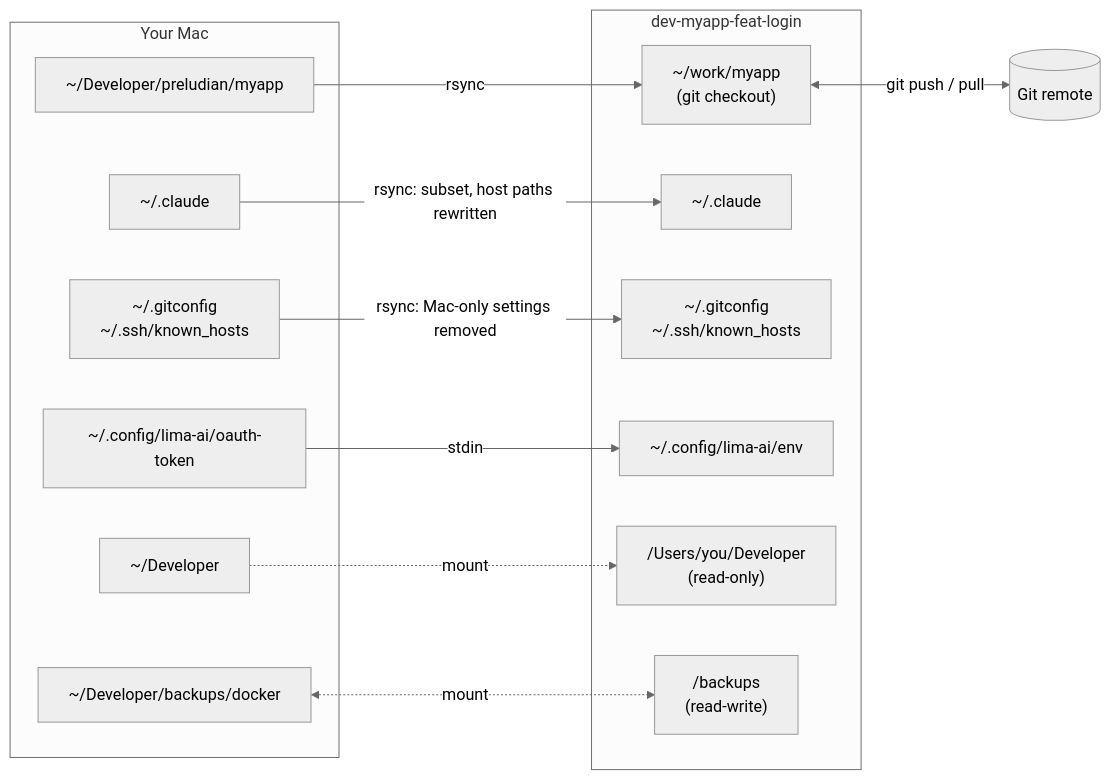
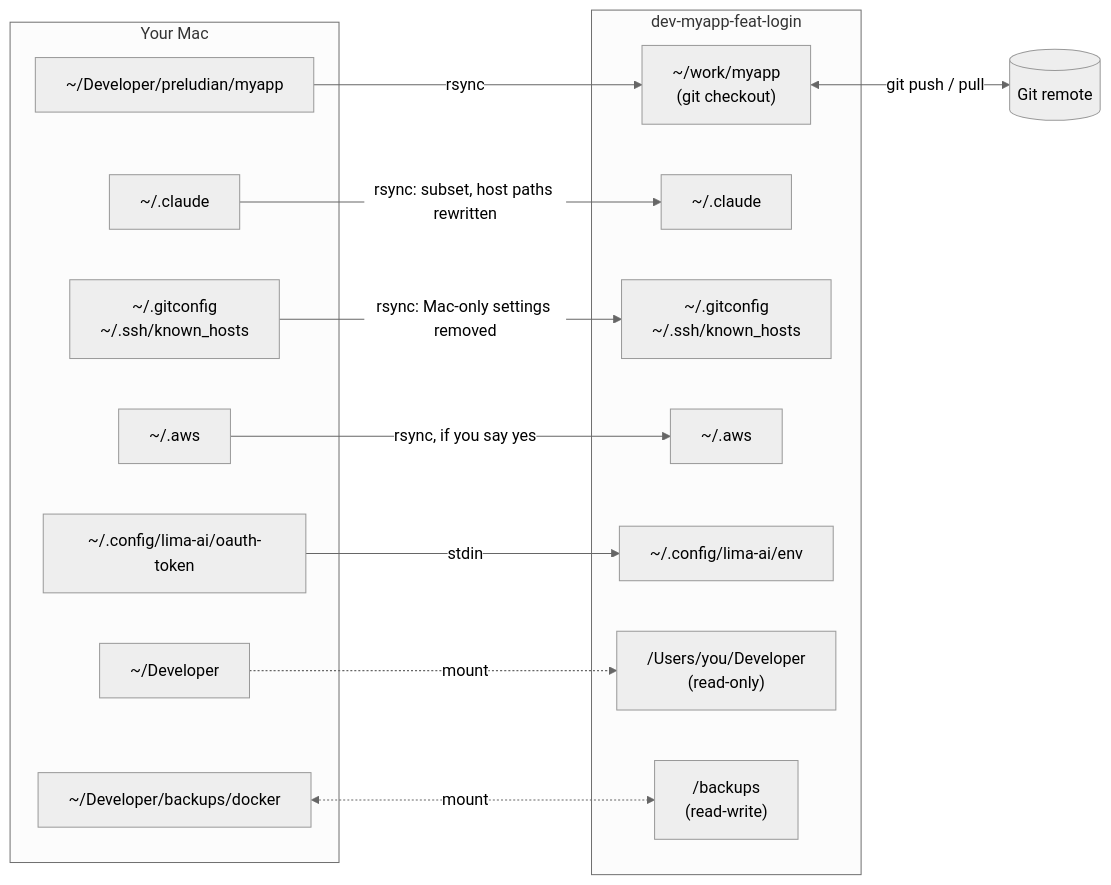
One commit to joepreludian/lima-ai changed the third of 3 diagrams in docs/manual/docs/index.md. Above: the diagram before and after it, drawn with Mermaid (neutral theme). The commit also changed other lines of this file and 5 other files, not shown here.

````diff
--- a/docs/manual/docs/index.md
+++ b/docs/manual/docs/index.md
@@ -81,28 +81,31 @@
 ```mermaid
 flowchart LR
     subgraph mac["Your Mac"]
         project["~/Developer/preludian/myapp"]
         claude["~/.claude"]
         gitconfig["~/.gitconfig<br/>~/.ssh/known_hosts"]
+        aws["~/.aws"]
         token["~/.config/lima-ai/oauth-token"]
         developer["~/Developer"]
         backups["~/Developer/backups/docker"]
     end
     subgraph vm["dev-myapp-feat-login"]
         work["~/work/myapp<br/>(git checkout)"]
         vclaude["~/.claude"]
         vgit["~/.gitconfig<br/>~/.ssh/known_hosts"]
+        vaws["~/.aws"]
         env["~/.config/lima-ai/env"]
         ro["/Users/you/Developer<br/>(read-only)"]
         rw["/backups<br/>(read-write)"]
     end
     remote[("Git remote")]
 
     project -- "rsync" --> work
     claude -- "rsync: subset, host paths rewritten" --> vclaude
     gitconfig -- "rsync: Mac-only settings removed" --> vgit
+    aws -- "rsync, if you say yes" --> vaws
     token -- "stdin" --> env
     developer -. "mount" .-> ro
     backups <-. "mount" .-> rw
     work <-- "git push / pull" --> remote
 ```
````
